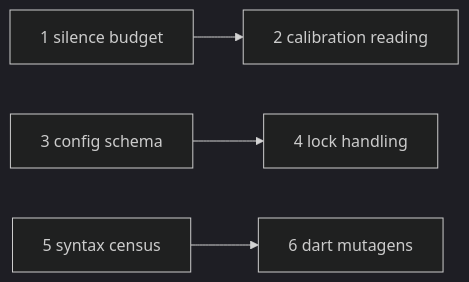
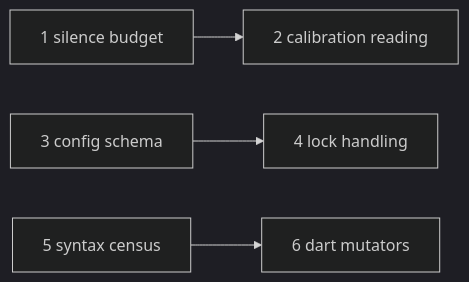
The diagram in docs/plans/v0.2/index.md (memento-engineering/butcher), drawn with Mermaid (dark theme) before and after one commit. The commit also changed other lines of this file and 13 other files, not shown here.

````diff
--- a/docs/plans/v0.2/index.md
+++ b/docs/plans/v0.2/index.md
@@ -20,6 +20,6 @@
 ```mermaid
 graph LR
   1[1 silence budget] --> 2[2 calibration reading]
   3[3 config schema] --> 4[4 lock handling]
-  5[5 syntax census] --> 6[6 dart mutagens]
+  5[5 syntax census] --> 6[6 dart mutators]
 ```
````
